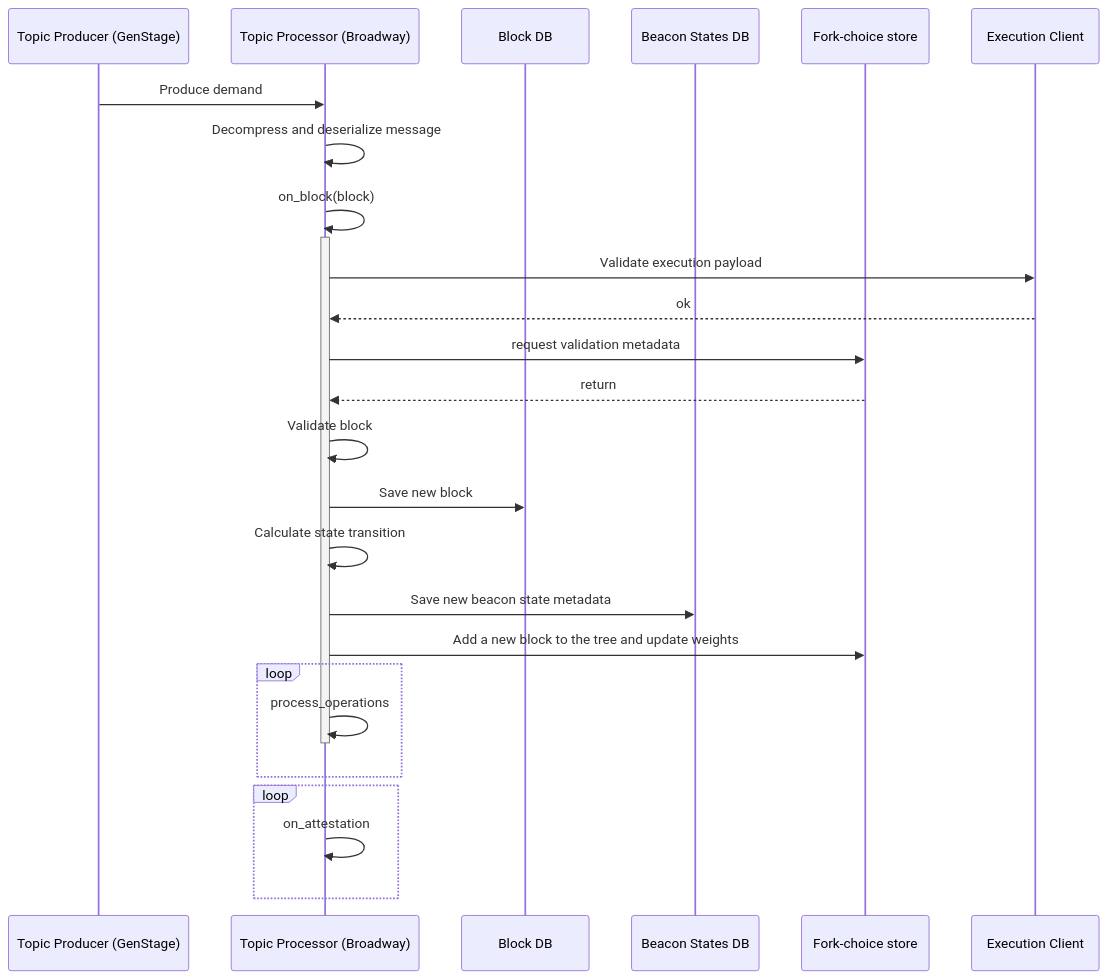
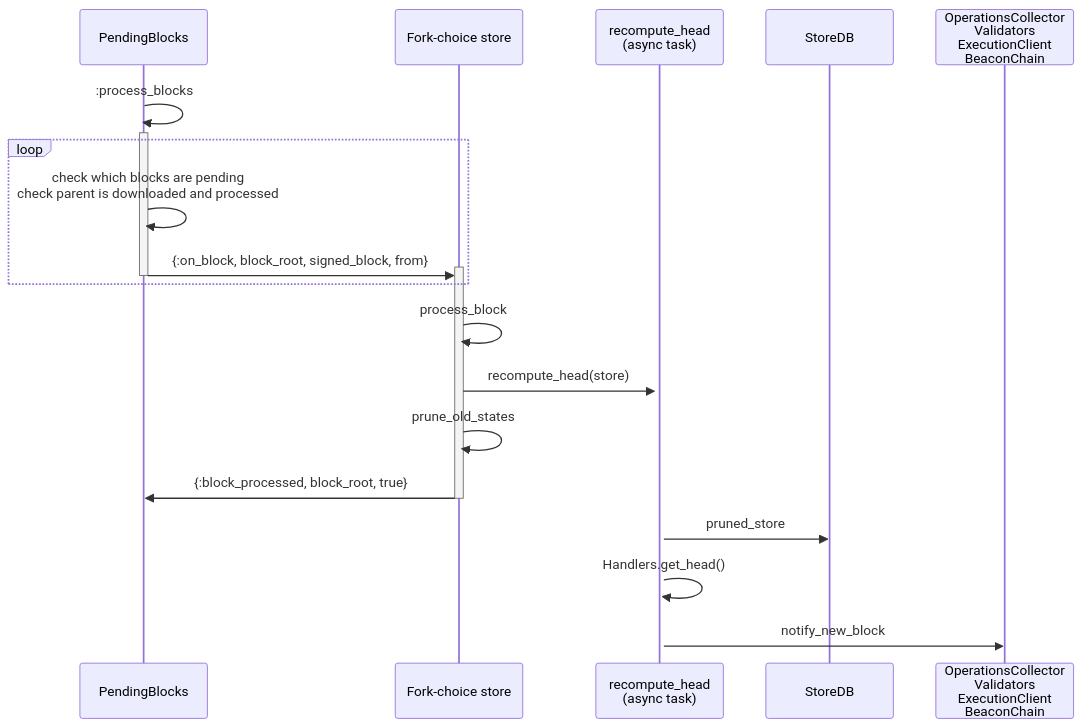
Before and after one commit to lambdaclass/lambda_ethereum_consensus: the sixth of 6 diagrams in docs/architecture.md, drawn with Mermaid. The commit also changed other lines of this file, not shown here.

Commit message:
Update the blocks processing sequence

````diff
--- a/docs/architecture.md
+++ b/docs/architecture.md
@@ -214,28 +233,27 @@
 ```mermaid
 sequenceDiagram
-    participant prod as Topic Producer (GenStage)
-    participant proc as Topic Processor (Broadway)
-    participant block as Block DB
-    participant state as Beacon States DB
+    participant pending as PendingBlocks
     participant FC as Fork-choice store
-    participant exec as Execution Client
+    participant rec as recompute_head <br> (async task)
+    participant StoreDB
+    participant subs as OperationsCollector <br> Validators <br> ExecutionClient <br> BeaconChain
 
-    prod ->> proc: Produce demand
-    proc ->> proc: Decompress and deserialize message
-    proc ->>+ proc: on_block(block)
-    proc ->> exec: Validate execution payload
-    exec -->> proc: ok
-    proc ->> FC: request validation metadata
-    FC -->> proc: return
-    proc ->> proc: Validate block
-    proc ->> block: Save new block
-    proc ->> proc: Calculate state transition
-    proc ->> state: Save new beacon state metadata
-    proc ->> FC: Add a new block to the tree and update weights
+    pending ->> pending: :process_blocks
+    activate pending
     loop
-        proc ->>- proc: process_operations
+        pending ->> pending: check which blocks are pending <br> check parent is downloaded and processed
+        pending ->>+ FC: {:on_block, block_root, signed_block, from}
+        deactivate pending
     end
-    loop
-        proc ->> proc: on_attestation
-    end
+
+    FC ->> FC: process_block
+    FC ->>+ rec: recompute_head(store)
+    FC ->> FC: prune_old_states
+    FC ->> pending: {:block_processed, block_root, true}
+    deactivate FC
+
+    rec ->> StoreDB: pruned_store
+    rec ->> rec: Handlers.get_head()
+    rec ->> subs: notify_new_block
+
 ```
````
